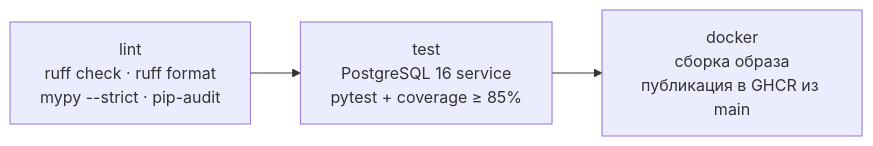
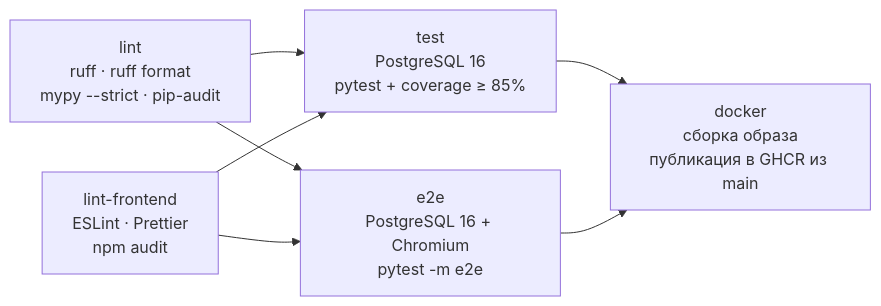
The diagram in docs/testing.md (IMP-MOCE/FaceitProgress), drawn with Mermaid before and after one commit. The commit also changed other lines of this file and 57 other files, not shown here.

````diff
--- a/docs/testing.md
+++ b/docs/testing.md
@@ -56,5 +81,10 @@
 ```mermaid
 flowchart LR
-    A["lint<br/>ruff check · ruff format<br/>mypy --strict · pip-audit"] --> B["test<br/>PostgreSQL 16 service<br/>pytest + coverage ≥ 85%"]
-    B --> C["docker<br/>сборка образа<br/>публикация в GHCR из main"]
+    A["lint<br/>ruff · ruff format<br/>mypy --strict · pip-audit"] --> C
+    B["lint-frontend<br/>ESLint · Prettier<br/>npm audit"] --> C
+    A --> D
+    B --> D
+    C["test<br/>PostgreSQL 16<br/>pytest + coverage ≥ 85%"] --> E
+    D["e2e<br/>PostgreSQL 16 + Chromium<br/>pytest -m e2e"] --> E
+    E["docker<br/>сборка образа<br/>публикация в GHCR из main"]
 ```
````
